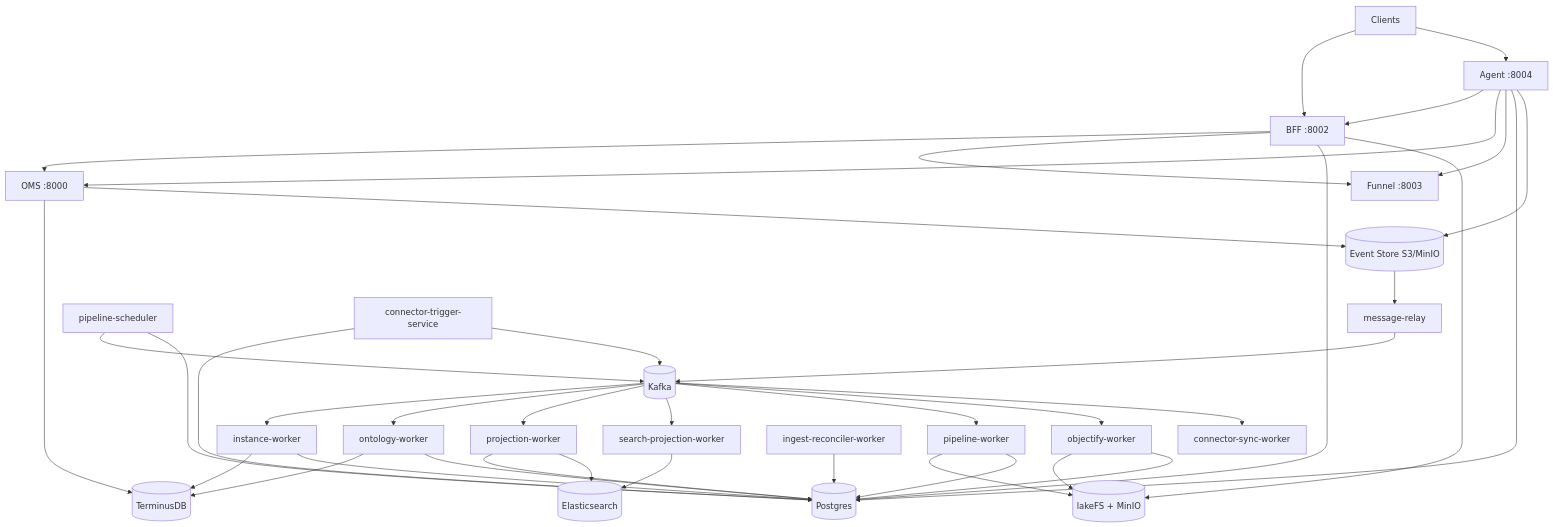
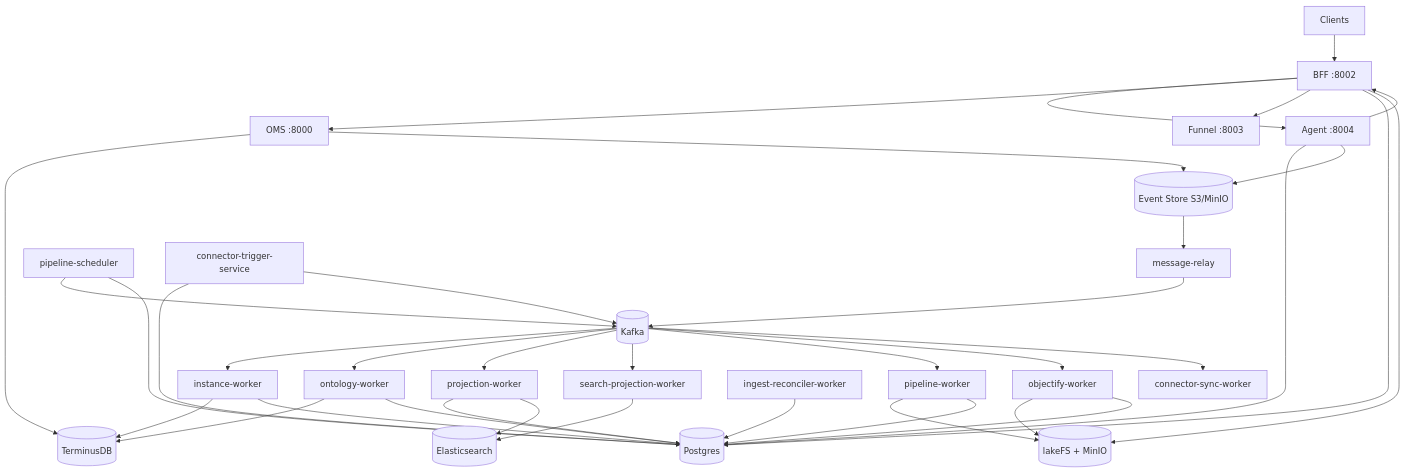
The first of 4 diagrams in docs/architecture/README.md (ludia8888/SPICE-Harvester), drawn with Mermaid before and after one commit. The commit also changed other lines of this file and 9 other files, not shown here.

````diff
--- a/docs/architecture/README.md
+++ b/docs/architecture/README.md
@@ -9,48 +9,46 @@
 ```mermaid
 graph TD
   UI[Clients] --> BFF[BFF :8002]
-  UI --> AGENT[Agent :8004]
+  BFF --> AGENT[Agent :8004]
   BFF --> OMS[OMS :8000]
   BFF --> FUNNEL[Funnel :8003]
   BFF --> PG[(Postgres)]
   BFF --> LFS[(lakeFS + MinIO)]
 
   AGENT --> BFF
-  AGENT --> OMS
-  AGENT --> FUNNEL
   AGENT --> PG
   AGENT --> S3[(Event Store S3/MinIO)]
 
   OMS --> TDB[(TerminusDB)]
   OMS --> S3[(Event Store S3/MinIO)]
 
   S3 --> RELAY[message-relay]
   RELAY --> KAFKA[(Kafka)]
 
   KAFKA --> IW[instance-worker]
   KAFKA --> OW[ontology-worker]
   KAFKA --> PW[projection-worker]
   KAFKA --> SPW[search-projection-worker]
   KAFKA --> PLW[pipeline-worker]
   KAFKA --> OBJ[objectify-worker]
   KAFKA --> CSW[connector-sync-worker]
   PLS[pipeline-scheduler] --> KAFKA
 
   IW --> TDB
   OW --> TDB
   IW --> PG
   OW --> PG
   PW --> PG
   PW --> ES[(Elasticsearch)]
   SPW --> ES
 
   PLW --> LFS
   PLW --> PG
   OBJ --> LFS
   OBJ --> PG
   PLS --> PG
   ING[ingest-reconciler-worker] --> PG
 
   CTS[connector-trigger-service] --> PG
   CTS --> KAFKA
 ```
````
